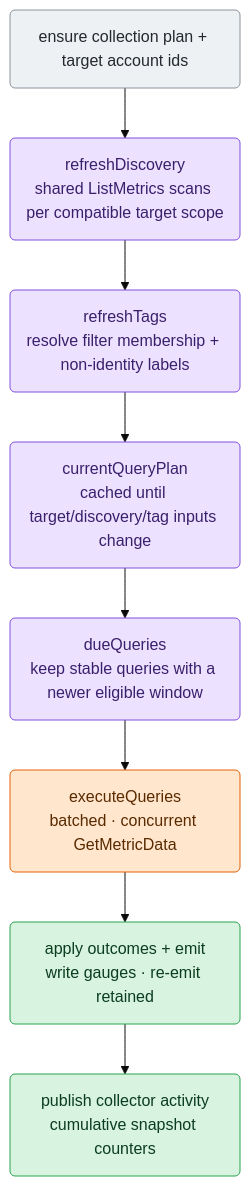
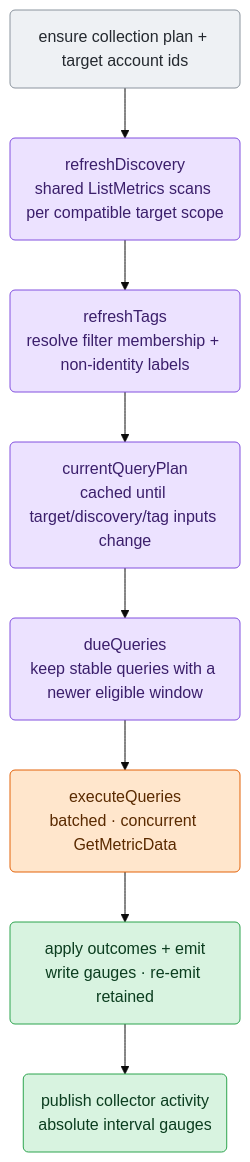
One commit to netdata/netdata changed the third of 3 diagrams in src/go/plugin/go.d/collector/cloudwatch/ARCHITECTURE.md. Above: the diagram before and after it, drawn with Mermaid (base theme). The commit also changed other lines of this file and 10 other files, not shown here.

Commit message:
fix(cloudwatch): report activity as interval counts

````diff
--- a/src/go/plugin/go.d/collector/cloudwatch/ARCHITECTURE.md
+++ b/src/go/plugin/go.d/collector/cloudwatch/ARCHITECTURE.md
@@ -134,23 +134,23 @@
 ```mermaid
 flowchart TD
     A("ensure collection plan + target account ids")
     B("refreshDiscovery<br/>shared ListMetrics scans per compatible target scope")
     C("refreshTags<br/>resolve filter membership + non-identity labels")
     D("currentQueryPlan<br/>cached until target/discovery/tag inputs change")
     E("dueQueries<br/>keep stable queries with a newer eligible window")
     F("executeQueries<br/>batched · concurrent GetMetricData")
     G("apply outcomes + emit<br/>write gauges · re-emit retained")
-    H("publish collector activity<br/>cumulative snapshot counters")
+    H("publish collector activity<br/>absolute interval gauges")
 
     A --> B --> C --> D --> E --> F --> G --> H
 
     classDef input fill:#eef1f4,stroke:#8b949e,color:#24292f;
     classDef sched fill:#ece2ff,stroke:#8250df,color:#3b1f6b;
     classDef effect fill:#ffe6cc,stroke:#e36209,color:#5a2a00;
     classDef commit fill:#d8f3e0,stroke:#2da44e,color:#0b3d1f;
 
     class A input
     class B,C,D,E sched
     class F effect
     class G,H commit
 ```
````
